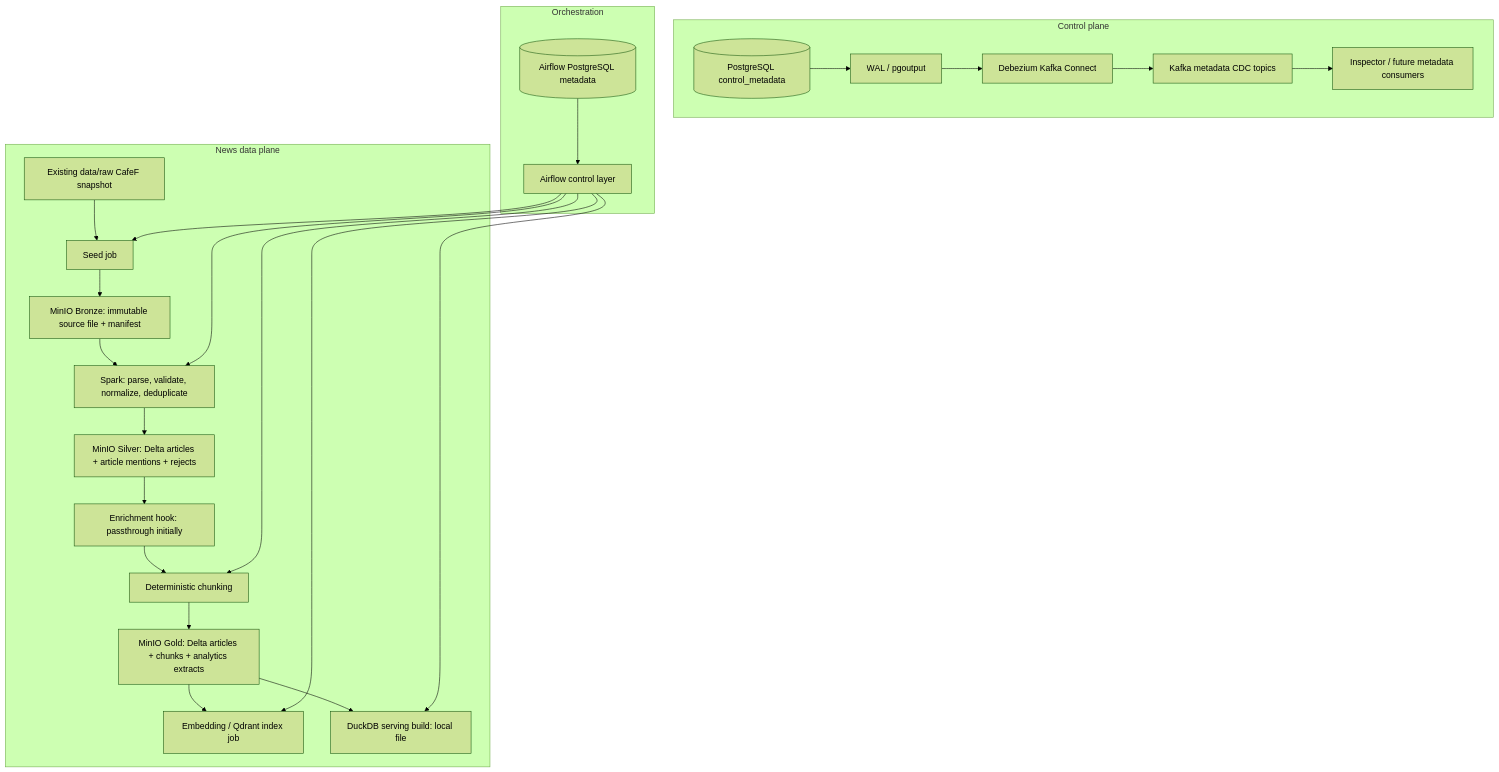
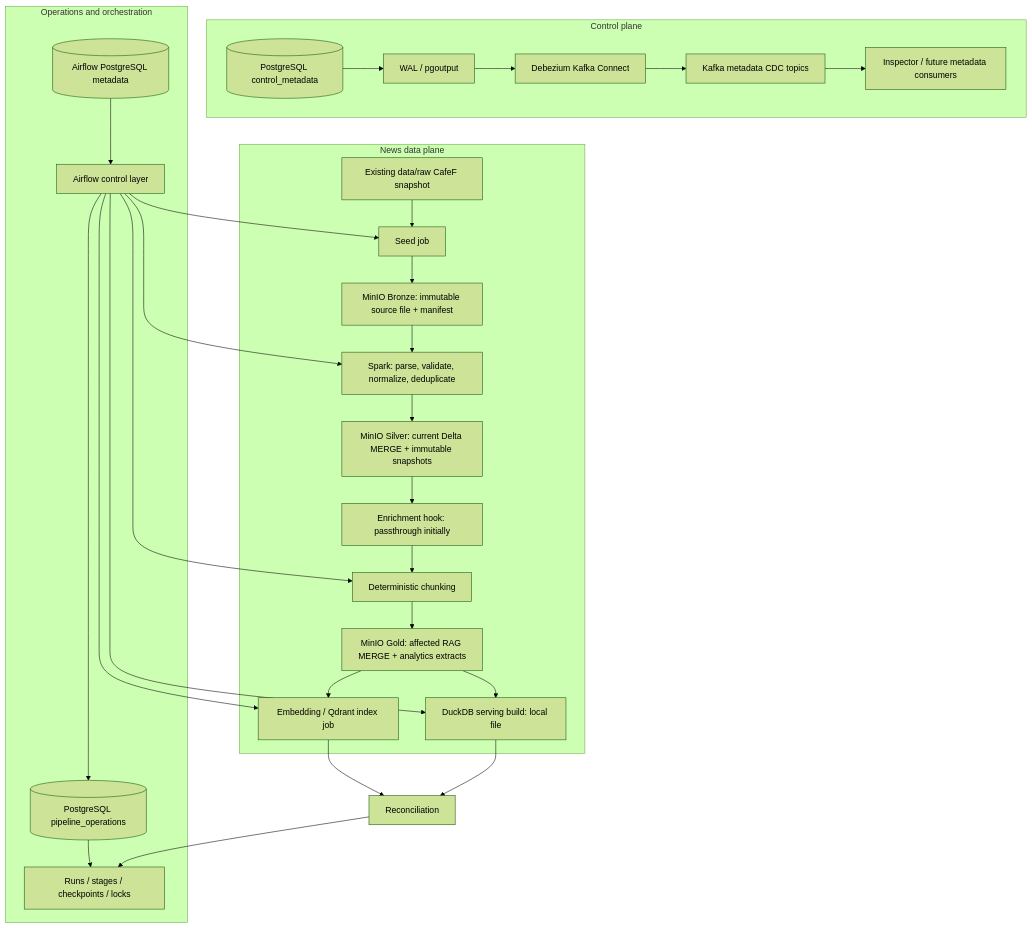
Before and after one commit to minhphu05/financial-news: the diagram in docs/local-architecture.md, drawn with Mermaid (forest theme). The commit also changed other lines of this file and 38 other files, not shown here.

````diff
--- a/docs/local-architecture.md
+++ b/docs/local-architecture.md
@@ -11,28 +11,33 @@
 ```mermaid
 flowchart TB
     subgraph CP[Control plane]
         MPG[(PostgreSQL control_metadata)] --> WAL[WAL / pgoutput]
         WAL --> DBZ[Debezium Kafka Connect]
         DBZ --> KF[Kafka metadata CDC topics]
         KF --> MC[Inspector / future metadata consumers]
     end
-    subgraph OR[Orchestration]
+    subgraph OP[Operations and orchestration]
         AP[(Airflow PostgreSQL metadata)] --> AF[Airflow control layer]
+        AF --> PR[(PostgreSQL pipeline_operations)]
+        PR --> CK[Runs / stages / checkpoints / locks]
     end
     subgraph DP[News data plane]
         A[Existing data/raw CafeF snapshot] --> B[Seed job]
         B --> C[MinIO Bronze: immutable source file + manifest]
         C --> D[Spark: parse, validate, normalize, deduplicate]
-        D --> E[MinIO Silver: Delta articles + article mentions + rejects]
+        D --> E[MinIO Silver: current Delta MERGE + immutable snapshots]
         E --> F[Enrichment hook: passthrough initially]
         F --> G[Deterministic chunking]
-        G --> H[MinIO Gold: Delta articles + chunks + analytics extracts]
+        G --> H[MinIO Gold: affected RAG MERGE + analytics extracts]
         H --> I[Embedding / Qdrant index job]
         H --> J[DuckDB serving build: local file]
     end
     AF --> B
     AF --> D
     AF --> G
     AF --> I
     AF --> J
+    I --> RC[Reconciliation]
+    J --> RC
+    RC --> CK
 ```
````
